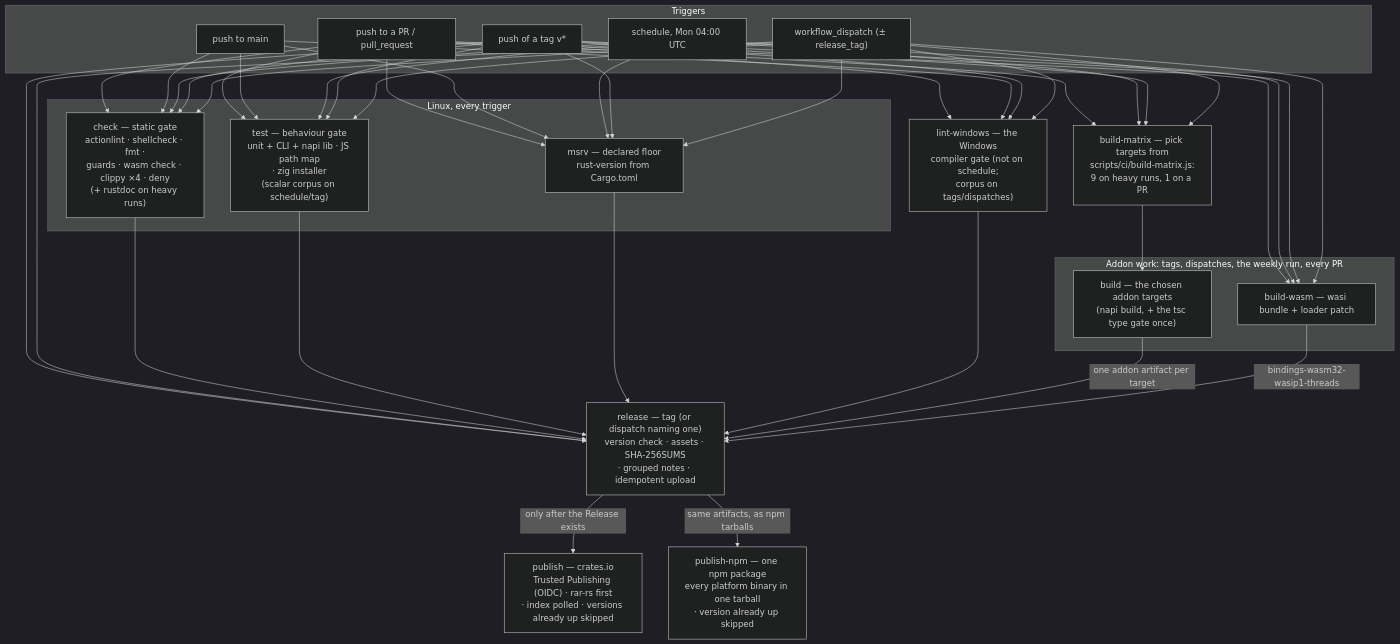
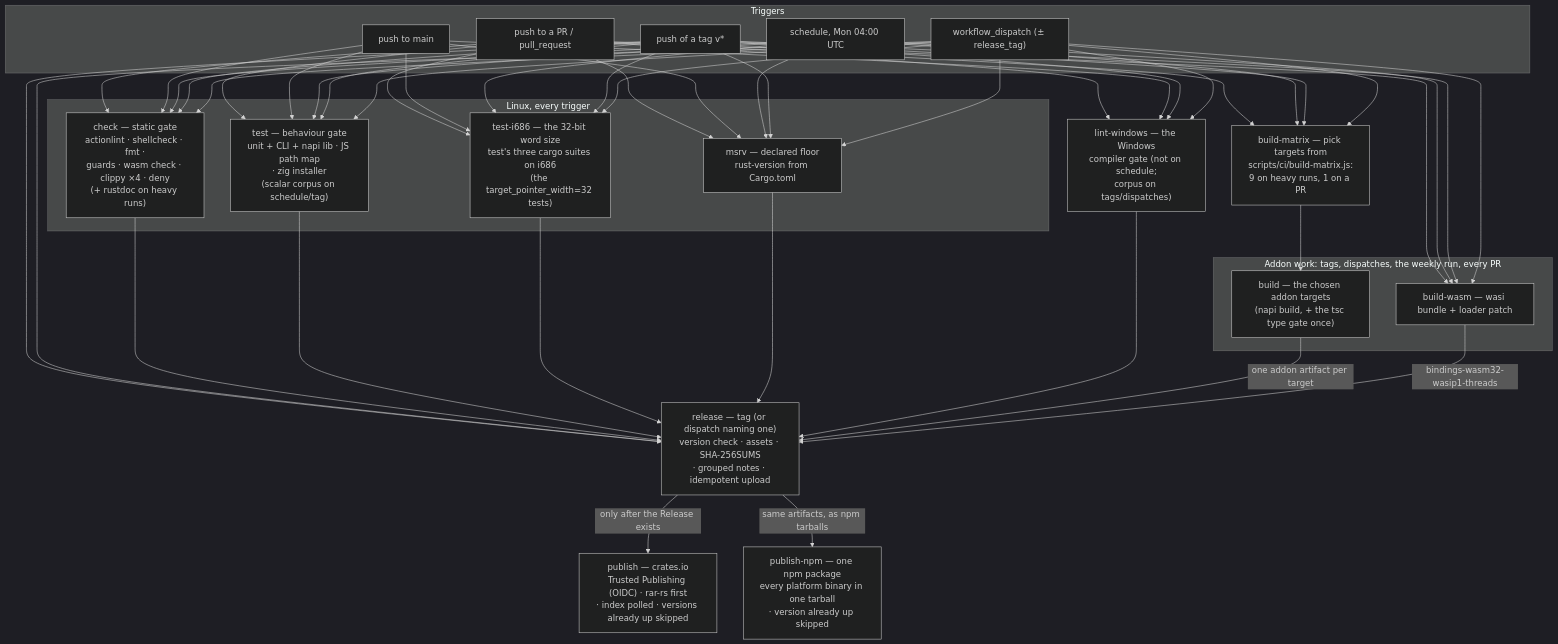
The diagram in docs/ci.md (yjdyamv/rar-rs), drawn with Mermaid (dark theme) before and after one commit. The commit also changed other lines of this file and 3 other files, not shown here.

First line of the commit message:
ci: add a 32-bit (i686) test job

````diff
--- a/docs/ci.md
+++ b/docs/ci.md
@@ -10,53 +10,55 @@
 ```mermaid
 flowchart TD
   subgraph trig[Triggers]
     pr[push to a PR / pull_request]
     main[push to main]
     tag["push of a tag v*"]
     disp["workflow_dispatch (± release_tag)"]
     cron[schedule, Mon 04:00 UTC]
   end
 
   subgraph linux[Linux, every trigger]
     check["check — static gate<br/>actionlint · shellcheck · fmt ·<br/>guards · wasm check · clippy ×4 · deny<br/>(+ rustdoc on heavy runs)"]
     test["test — behaviour gate<br/>unit + CLI + napi lib · JS path map<br/>· zig installer<br/>(scalar corpus on schedule/tag)"]
+    test32["test-i686 — the 32-bit word size<br/>test's three cargo suites on i686<br/>(the target_pointer_width=32 tests)"]
     msrv["msrv — declared floor<br/>rust-version from Cargo.toml"]
   end
 
   win["lint-windows — the Windows<br/>compiler gate (not on schedule;<br/>corpus on tags/dispatches)"]
 
   sel["build-matrix — pick targets from<br/>scripts/ci/build-matrix.js:<br/>9 on heavy runs, 1 on a PR"]
 
   subgraph heavy[Addon work: tags, dispatches, the weekly run, every PR]
     build["build — the chosen addon targets<br/>(napi build, + the tsc type gate once)"]
     wasm["build-wasm — wasi bundle + loader patch"]
   end
 
   rel["release — tag (or dispatch naming one)<br/>version check · assets · SHA-256SUMS<br/>· grouped notes · idempotent upload"]
 
   pub["publish — crates.io<br/>Trusted Publishing (OIDC) · rar-rs first<br/>· index polled · versions already up skipped"]
 
   pubnpm["publish-npm — one npm package<br/>every platform binary in one tarball<br/>· version already up skipped"]
 
-  pr --> check & test & msrv & win
-  main --> check & test & msrv & win
-  cron --> check & test & msrv
-  tag --> check & test & msrv & win
-  disp --> check & test & msrv & win
+  pr --> check & test & test32 & msrv & win
+  main --> check & test & test32 & msrv & win
+  cron --> check & test & test32 & msrv
+  tag --> check & test & test32 & msrv & win
+  disp --> check & test & test32 & msrv & win
   pr --> sel & wasm
   cron --> sel & wasm
   tag --> sel & wasm
   disp --> sel & wasm
   sel --> build
   tag --> rel
   disp --> rel
 
   check --> rel
   test --> rel
+  test32 --> rel
   msrv --> rel
   win --> rel
   build -->|"one addon artifact per target"| rel
   wasm -->|"bindings-wasm32-wasip1-threads"| rel
   rel -->|"only after the Release exists"| pub
   rel -->|"same artifacts, as npm tarballs"| pubnpm
 ```
````
